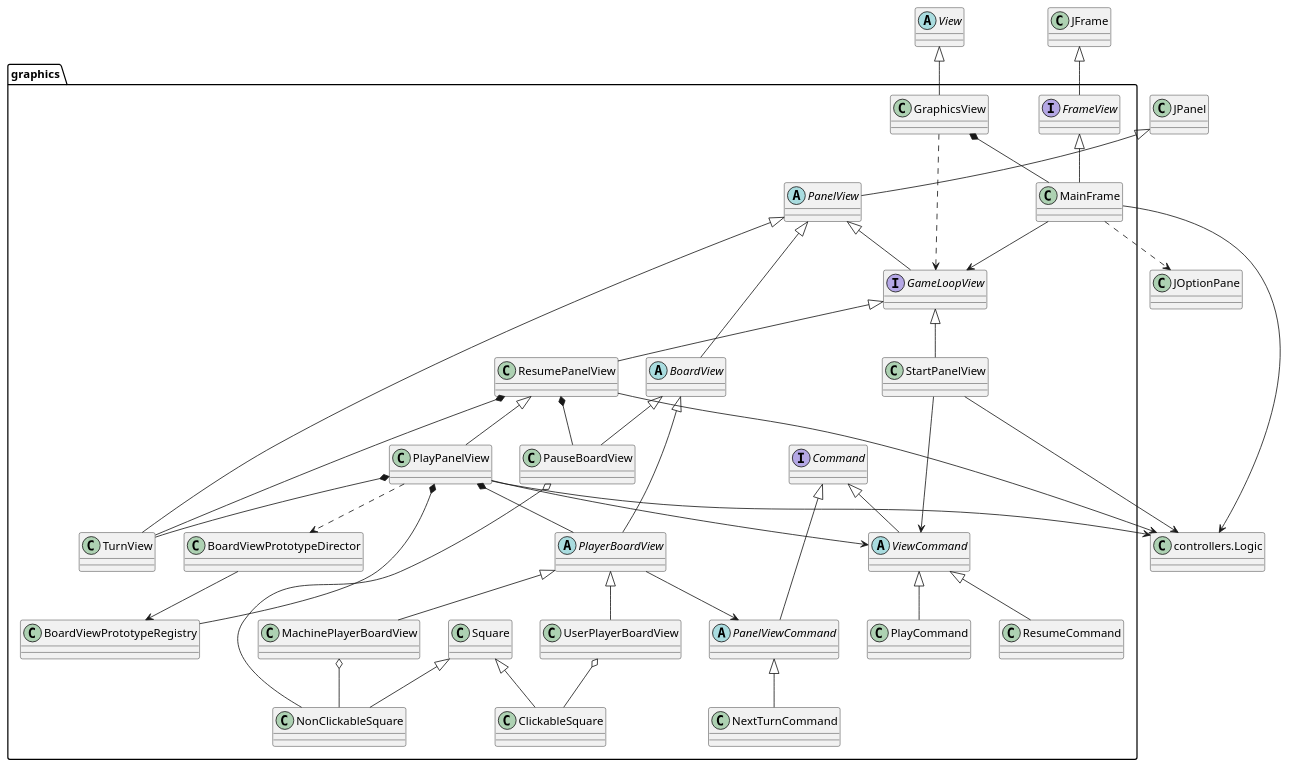
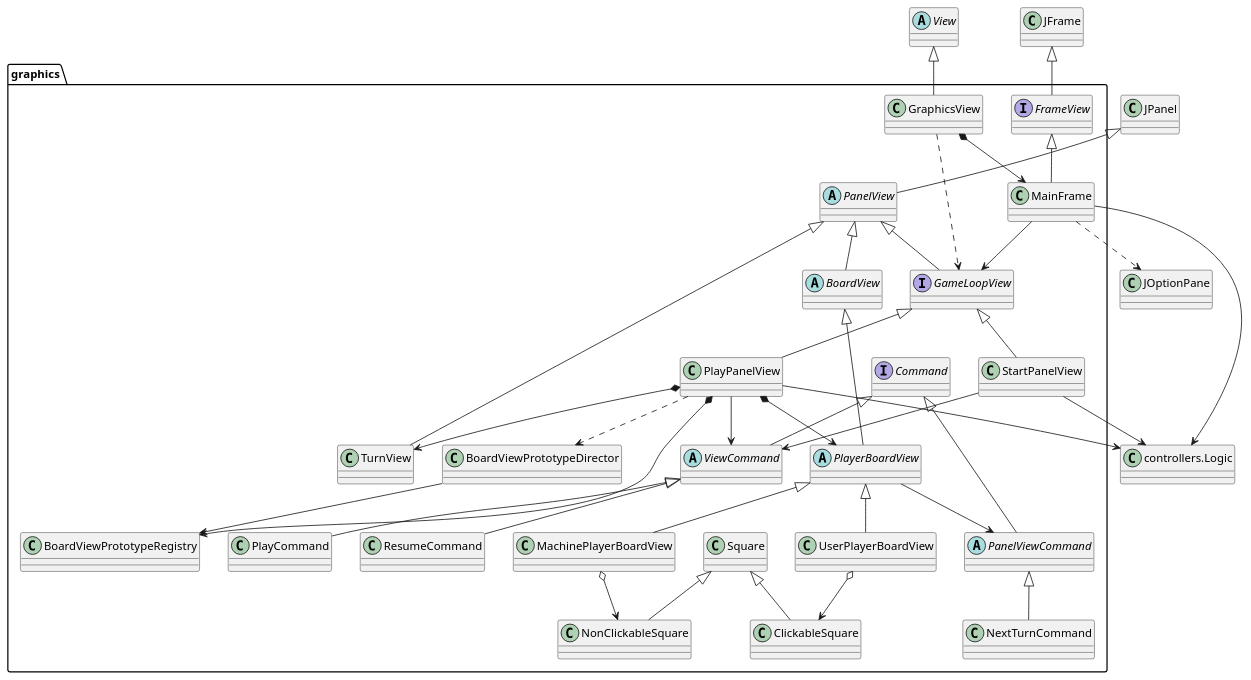
The diagram in connect4/Docs/diagrams/src/packages/connect4.connect4.views.graphics.plantuml (js-rom/connect4), drawn with PlantUML before and after one commit. The commit also changed 5 other files, not shown here.

Commit message:
remove ResumePanelView and PauseBoarView

```diff
--- a/connect4/Docs/diagrams/src/packages/connect4.connect4.views.graphics.plantuml
+++ b/connect4/Docs/diagrams/src/packages/connect4.connect4.views.graphics.plantuml
@@ -1,93 +1,83 @@
 @startuml connect4.connect4.views.graphics
 interface graphics.FrameView
 class graphics.MainFrame
 interface graphics.GameLoopView
 abstract class graphics.BoardView
 class graphics.BoardViewPrototypeDirector
 class graphics.BoardViewPrototypeRegistry
 interface graphics.Command
 abstract class graphics.PanelViewCommand
 abstract class graphics.ViewCommand
 class graphics.GraphicsView
 class graphics.MachinePlayerBoardView
 class graphics.NextTurnCommand
 class graphics.PlayCommand
 class graphics.PlayPanelView
-class graphics.ResumePanelView
 class graphics.ResumeCommand
 class graphics.Square
 class graphics.ClickableSquare
 class graphics.NonClickableSquare
 class graphics.StartPanelView
 class graphics.TurnView
 class graphics.UserPlayerBoardView
-class graphics.PauseBoardView
 abstract class graphics.PanelView
 abstract class graphics.PlayerBoardView
 
 class JFrame
 JFrame <|-- FrameView
 FrameView <|-- MainFrame
-GraphicsView *-- MainFrame
+GraphicsView *--> MainFrame
 
 class Logic as "controllers.Logic"
 MainFrame --> Logic
 
 class Logic as "controllers.\nLogic"
 
 StartPanelView --> Logic
 
 class Logic as "controllers.\nLogic"
 
 PlayPanelView --> Logic
 
-ResumePanelView --> Logic
-
 abstract class View
 View <|-- GraphicsView
 
 class JOptionPane
 MainFrame ..> JOptionPane
 
 JPanel <|-- PanelView
 PanelView <|-- GameLoopView
 GameLoopView <|-- StartPanelView
-ResumePanelView <|-- PlayPanelView
-GameLoopView <|-- ResumePanelView
+GameLoopView <|-- PlayPanelView
 PanelView <|-- BoardView
 PanelView <|-- TurnView
 
 GraphicsView ..> GameLoopView
 MainFrame --> GameLoopView
 
-PlayPanelView *-- PlayerBoardView
-PlayPanelView *-- TurnView
-PlayPanelView *-- BoardViewPrototypeRegistry
+PlayPanelView *--> PlayerBoardView
+PlayPanelView *--> TurnView
+PlayPanelView *--> BoardViewPrototypeRegistry
 PlayPanelView ..> BoardViewPrototypeDirector
 BoardViewPrototypeDirector --> BoardViewPrototypeRegistry
-
-ResumePanelView *-- PauseBoardView
-ResumePanelView *-- TurnView
 
 StartPanelView --> ViewCommand
 PlayPanelView --> ViewCommand
 
 Command <|-- PanelViewCommand
 PanelViewCommand <|-- NextTurnCommand
 Command <|-- ViewCommand
 ViewCommand <|-- PlayCommand
 ViewCommand <|-- ResumeCommand
 
 BoardView <|-- PlayerBoardView
 PlayerBoardView <|-- MachinePlayerBoardView
 PlayerBoardView <|-- UserPlayerBoardView
-BoardView <|-- PauseBoardView
-MachinePlayerBoardView o-- NonClickableSquare
-UserPlayerBoardView o-- ClickableSquare
-PauseBoardView o-- NonClickableSquare
+MachinePlayerBoardView o--> NonClickableSquare
+UserPlayerBoardView o--> ClickableSquare
 Square <|-- ClickableSquare
 Square <|-- NonClickableSquare
 
 PlayerBoardView --> PanelViewCommand
 
 @enduml
```
